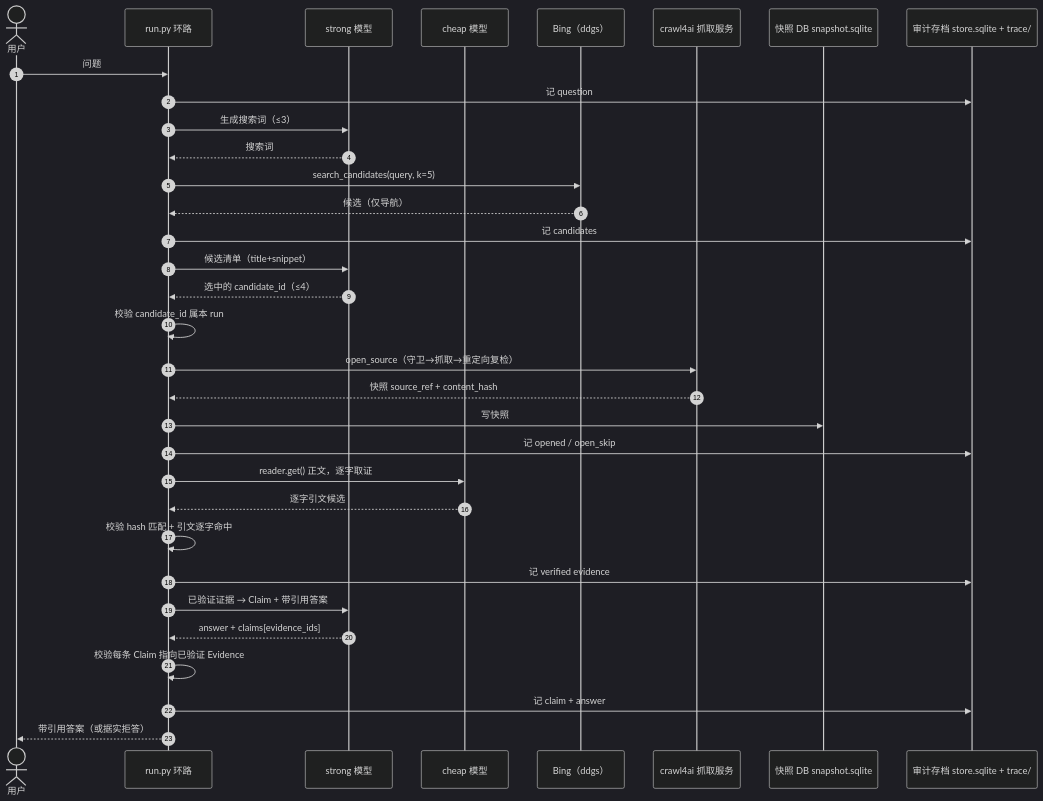
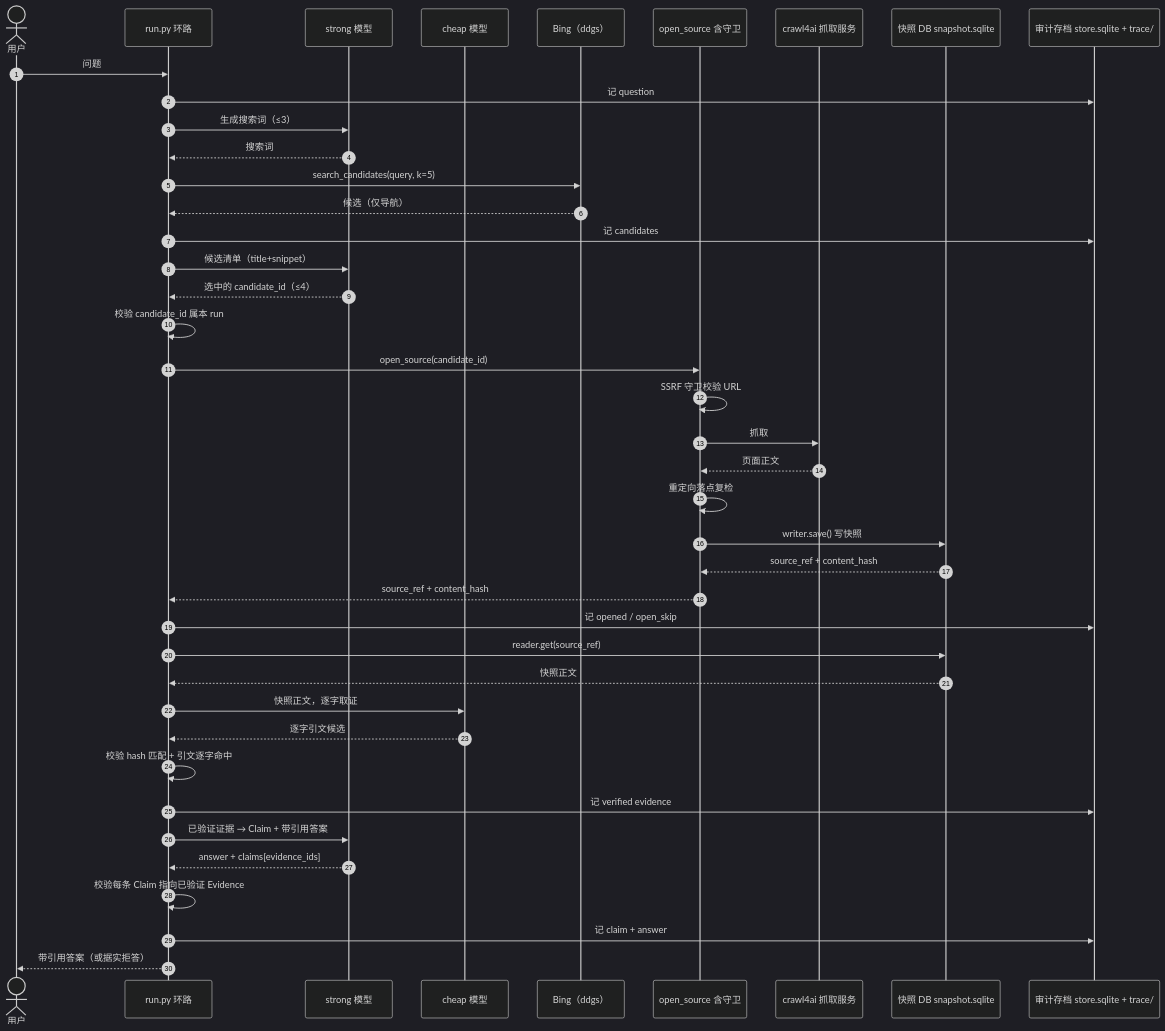
Before and after one commit to SuperCatQR/traceable-research-runtime: the second of 2 diagrams in docs/web-search-architecture.md, drawn with Mermaid (dark theme).

Commit message:
docs(web-search): 时序图补OS participant,抓取/写快照/读快照链路还原

````diff
--- a/docs/web-search-architecture.md
+++ b/docs/web-search-architecture.md
@@ -145,36 +145,44 @@
 ```mermaid
 sequenceDiagram
     autonumber
     actor U as 用户
     participant R as run.py 环路
     participant S as strong 模型
     participant C as cheap 模型
     participant SE as Bing（ddgs）
+    participant OS as open_source 含守卫
     participant CR as crawl4ai 抓取服务
     participant SNAP as 快照 DB snapshot.sqlite
     participant AUD as 审计存档 store.sqlite + trace/
 
     U->>R: 问题
     R->>AUD: 记 question
     R->>S: 生成搜索词（≤3）
     S-->>R: 搜索词
     R->>SE: search_candidates(query, k=5)
     SE-->>R: 候选（仅导航）
     R->>AUD: 记 candidates
     R->>S: 候选清单（title+snippet）
     S-->>R: 选中的 candidate_id（≤4）
     R->>R: 校验 candidate_id 属本 run
-    R->>CR: open_source（守卫→抓取→重定向复检）
-    CR-->>R: 快照 source_ref + content_hash
-    R->>SNAP: 写快照
+    R->>OS: open_source(candidate_id)
+    OS->>OS: SSRF 守卫校验 URL
+    OS->>CR: 抓取
+    CR-->>OS: 页面正文
+    OS->>OS: 重定向落点复检
+    OS->>SNAP: writer.save() 写快照
+    SNAP-->>OS: source_ref + content_hash
+    OS-->>R: source_ref + content_hash
     R->>AUD: 记 opened / open_skip
-    R->>C: reader.get() 正文，逐字取证
+    R->>SNAP: reader.get(source_ref)
+    SNAP-->>R: 快照正文
+    R->>C: 快照正文，逐字取证
     C-->>R: 逐字引文候选
     R->>R: 校验 hash 匹配 + 引文逐字命中
     R->>AUD: 记 verified evidence
     R->>S: 已验证证据 → Claim + 带引用答案
     S-->>R: answer + claims[evidence_ids]
     R->>R: 校验每条 Claim 指向已验证 Evidence
     R->>AUD: 记 claim + answer
     R-->>U: 带引用答案（或据实拒答）
 ```
````
